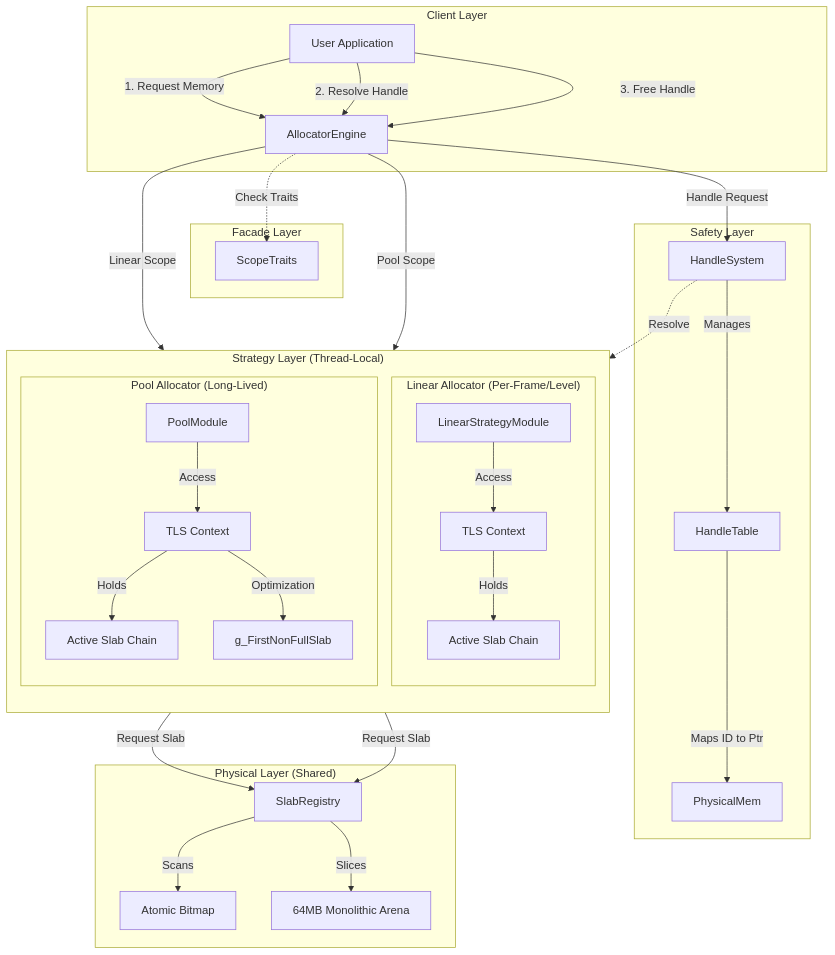
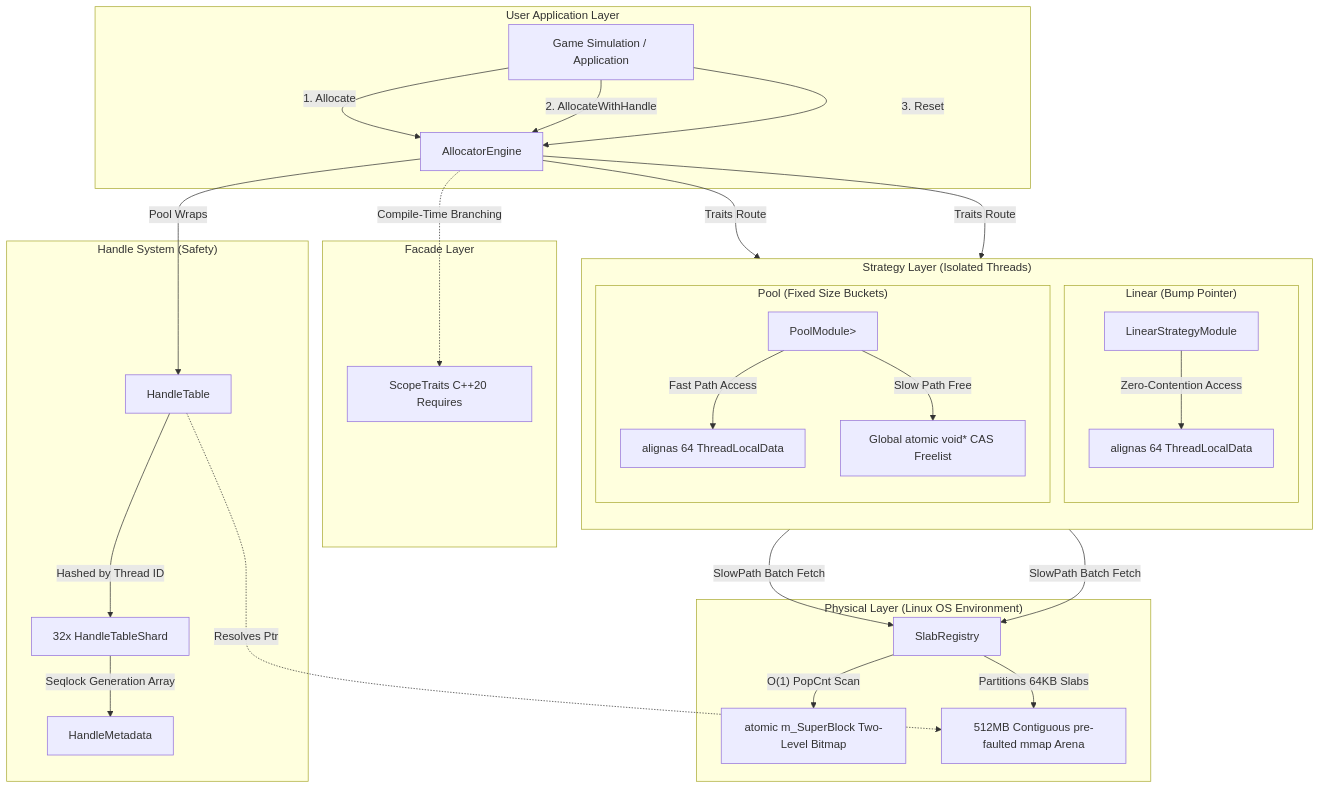
The diagram in documentation/mermaid/system_architecture.mmd (Za-Coding-Paradox/Custom-Memory-Allocator), drawn with Mermaid before and after one commit. The commit also changed 41 other files, not shown here.

```diff
--- a/documentation/mermaid/system_architecture.mmd
+++ b/documentation/mermaid/system_architecture.mmd
@@ -1,60 +1,58 @@
 graph TD
-    subgraph "Client Layer"
-        UserApp[User Application]
-        UserApp -->|1. Request Memory| Engine[AllocatorEngine]
-        UserApp -->|2. Resolve Handle| Engine
-        UserApp -->|3. Free Handle| Engine
+    subgraph "User Application Layer"
+        App[Game Simulation / Application]
+        App -->|1. Allocate<FrameLoad>| Facade
+        App -->|2. AllocateWithHandle<RigidBody>| Facade
+        App -->|3. Reset<FrameLoad>| Facade
     end
 
     subgraph "Facade Layer"
-        Engine
-        Traits[ScopeTraits<TScope>]
-        Engine -.->|Check Traits| Traits
+        Facade[AllocatorEngine]
+        Traits[ScopeTraits C++20 Requires]
+        Facade -.->|Compile-Time Branching| Traits
     end
 
-    subgraph "Strategy Layer (Thread-Local)"
+    subgraph "Strategy Layer (Isolated Threads)"
         direction TB
         
-        subgraph "Linear Allocator (Per-Frame/Level)"
-            LinearMod[LinearStrategyModule]
-            LinearTLS[TLS Context]
-            LinearMod -- Access --> LinearTLS
-            LinearTLS -- Holds --> LinearChain[Active Slab Chain]
+        subgraph "Linear (Bump Pointer)"
+            LinMod[LinearStrategyModule<TScope>]
+            LinTLS[alignas 64 ThreadLocalData]
+            LinMod -- Zero-Contention Access --> LinTLS
         end
         
-        subgraph "Pool Allocator (Long-Lived)"
-            PoolMod[PoolModule]
-            PoolTLS[TLS Context]
-            PoolMod -- Access --> PoolTLS
-            PoolTLS -- Holds --> PoolChain[Active Slab Chain]
+        subgraph "Pool (Fixed Size Buckets)"
+            PoolMod[PoolModule<BucketScope<N>>]
+            PoolTLS[alignas 64 ThreadLocalData]
+            PoolMod -- Fast Path Access --> PoolTLS
             
-            %% Optimization Visualized
-            PoolTLS -- Optimization --> Cursor[g_FirstNonFullSlab]
+            PoolCAS[Global atomic void* CAS Freelist]
+            PoolMod -- Slow Path Free --> PoolCAS
         end
     end
 
-    subgraph "Safety Layer"
-        HandleSys[HandleSystem]
-        HandleTable[HandleTable]
-        HandleSys -- Manages --> HandleTable
-        HandleTable -- Maps ID to Ptr --> PhysicalMem
+    subgraph "Handle System (Safety)"
+        HT[HandleTable]
+        Shards[32x HandleTableShard]
+        HT -- Hashed by Thread ID --> Shards
+        Shards -- Seqlock Generation Array --> Meta[HandleMetadata]
     end
 
-    subgraph "Physical Layer (Shared)"
-        Registry[SlabRegistry]
-        Bitmap[Atomic Bitmap]
-        Arena[64MB Monolithic Arena]
+    subgraph "Physical Layer (Linux OS Environment)"
+        Reg[SlabRegistry]
+        Super[atomic m_SuperBlock Two-Level Bitmap]
+        Arena[512MB Contiguous pre-faulted mmap Arena]
         
-        Registry -- Scans --> Bitmap
-        Registry -- Slices --> Arena
+        Reg -- O(1) PopCnt Scan --> Super
+        Reg -- Partitions 64KB Slabs --> Arena
     end
 
-    %% Interactions
-    Engine -->|Linear Scope| LinearMod
-    Engine -->|Pool Scope| PoolMod
-    Engine -->|Handle Request| HandleSys
+    %% Edge Links
+    Facade -->|Traits Route| LinMod
+    Facade -->|Traits Route| PoolMod
+    Facade -->|Pool Wraps| HT
     
-    LinearMod -->|Request Slab| Registry
-    PoolMod -->|Request Slab| Registry
+    LinMod -->|SlowPath Batch Fetch| Reg
+    PoolMod -->|SlowPath Batch Fetch| Reg
     
-    HandleSys -.->|Resolve| PoolMod
+    HT -.->|Resolves Ptr| Arena
```
